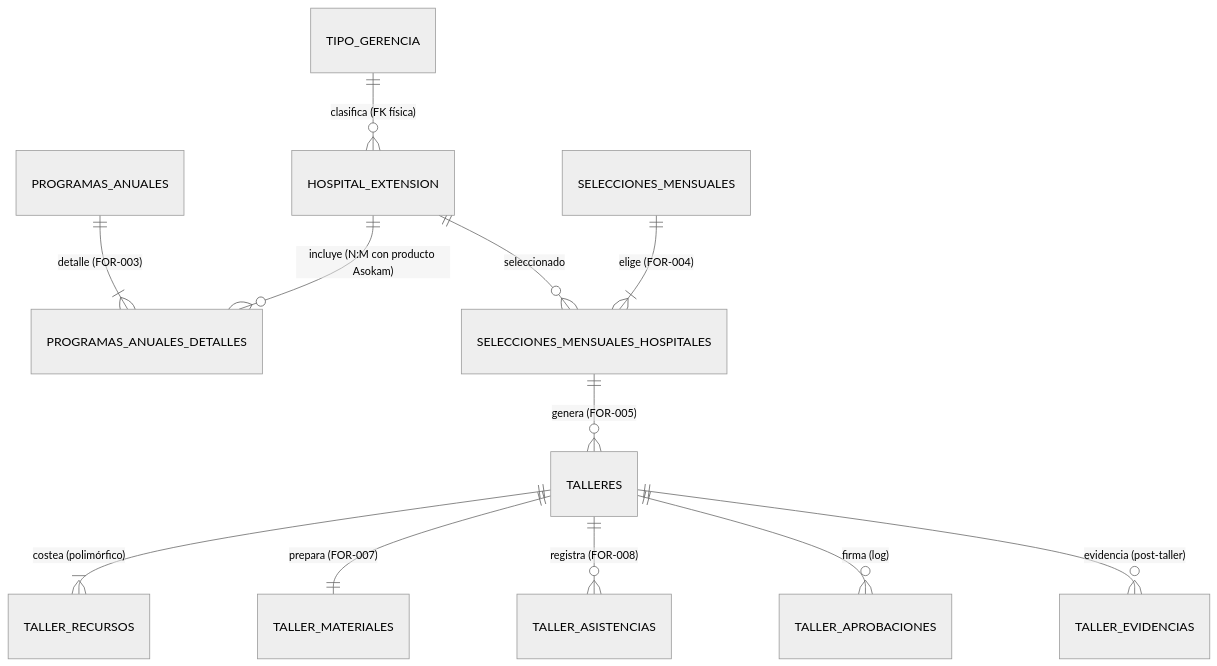
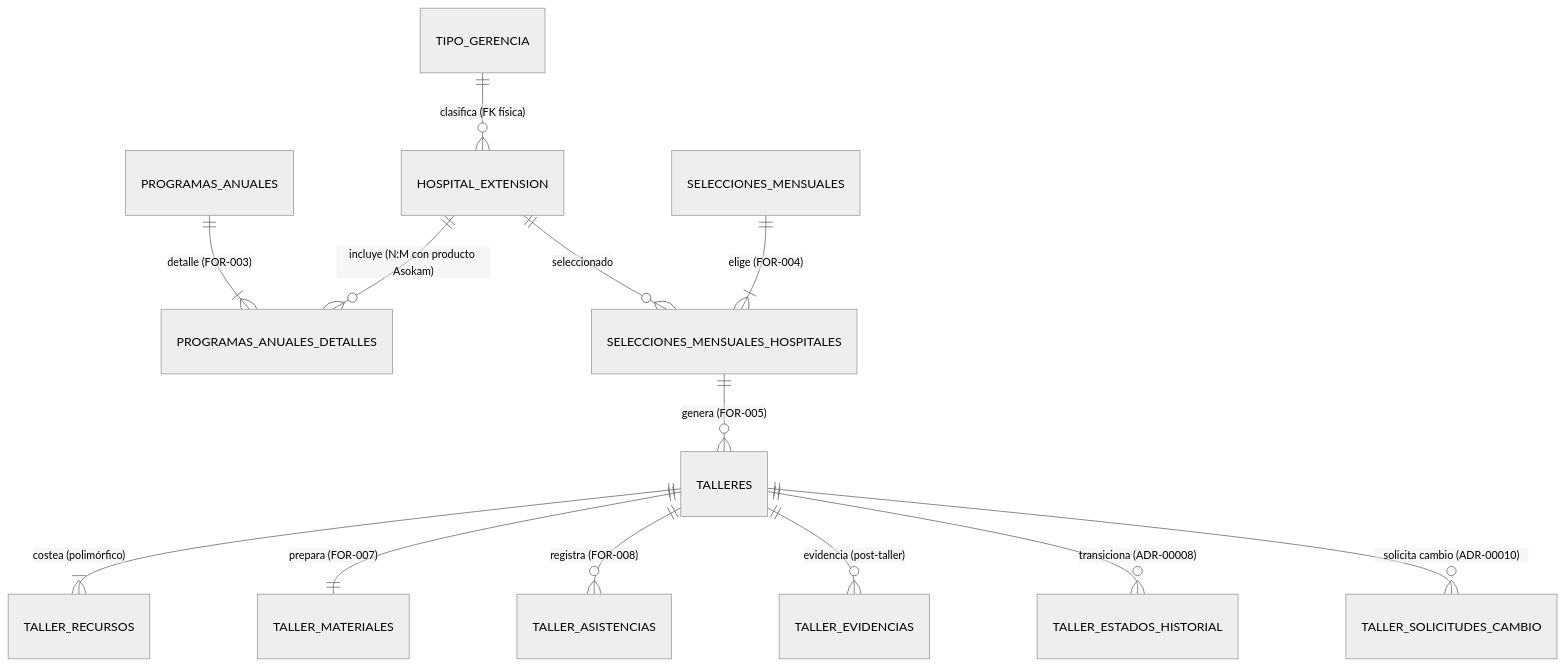
Before and after one commit to GrupoLefarma2025/01-lefarma-project: the first of 2 diagrams in lefarma.docs/educacion-medica/reglas-negocio.md, drawn with Mermaid (neutral theme). The commit also changed other lines of this file and 176 other files, not shown here.

````diff
--- a/lefarma.docs/educacion-medica/reglas-negocio.md
+++ b/lefarma.docs/educacion-medica/reglas-negocio.md
@@ -739,14 +786,17 @@
 ```mermaid
 erDiagram
     TIPO_GERENCIA ||--o{ HOSPITAL_EXTENSION : "clasifica (FK física)"
     HOSPITAL_EXTENSION ||--o{ PROGRAMAS_ANUALES_DETALLES : "incluye (N:M con producto Asokam)"
     PROGRAMAS_ANUALES ||--|{ PROGRAMAS_ANUALES_DETALLES : "detalle (FOR-003)"
     SELECCIONES_MENSUALES ||--|{ SELECCIONES_MENSUALES_HOSPITALES : "elige (FOR-004)"
     HOSPITAL_EXTENSION ||--o{ SELECCIONES_MENSUALES_HOSPITALES : "seleccionado"
     SELECCIONES_MENSUALES_HOSPITALES ||--o{ TALLERES : "genera (FOR-005)"
     TALLERES ||--|{ TALLER_RECURSOS : "costea (polimórfico)"
     TALLERES ||--|| TALLER_MATERIALES : "prepara (FOR-007)"
     TALLERES ||--o{ TALLER_ASISTENCIAS : "registra (FOR-008)"
-    TALLERES ||--o{ TALLER_APROBACIONES : "firma (log)"
     TALLERES ||--o{ TALLER_EVIDENCIAS : "evidencia (post-taller)"
+    TALLERES ||--o{ TALLER_ESTADOS_HISTORIAL : "transiciona (ADR-00008)"
+    TALLERES ||--o{ TALLER_SOLICITUDES_CAMBIO : "solicita cambio (ADR-00010)"
+    %% AJUSTES_POST_CIERRE: bitácora polimórfica (RUTA_VISITA | RUTA_VERSION | TALLER), sin FK física (ADR-00010)
+    %% RUTAS_VISITAS.es_extraordinaria + id_seleccion_hospital NULL: visita extraordinaria (ADR-00011)
 ```
````
